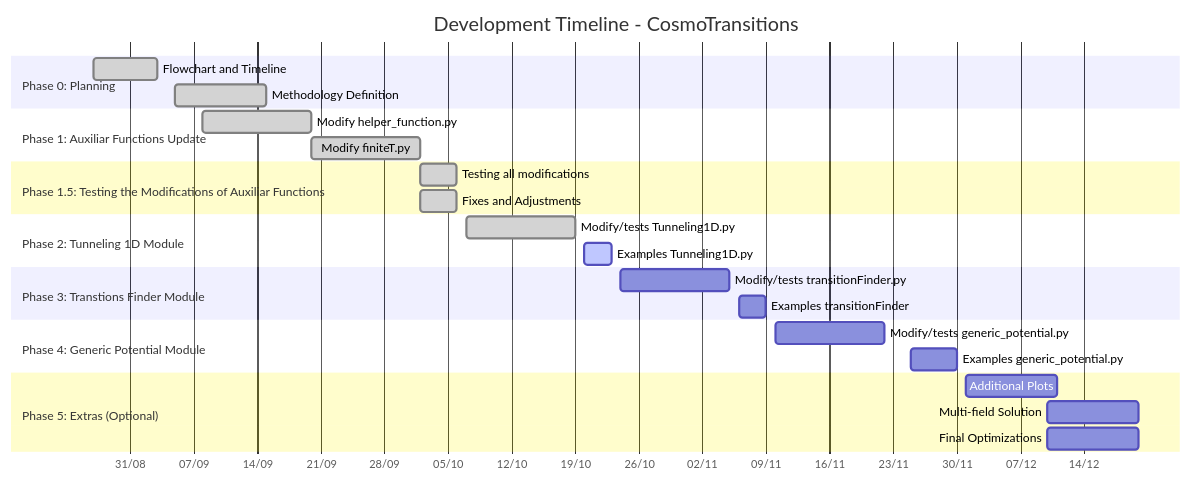
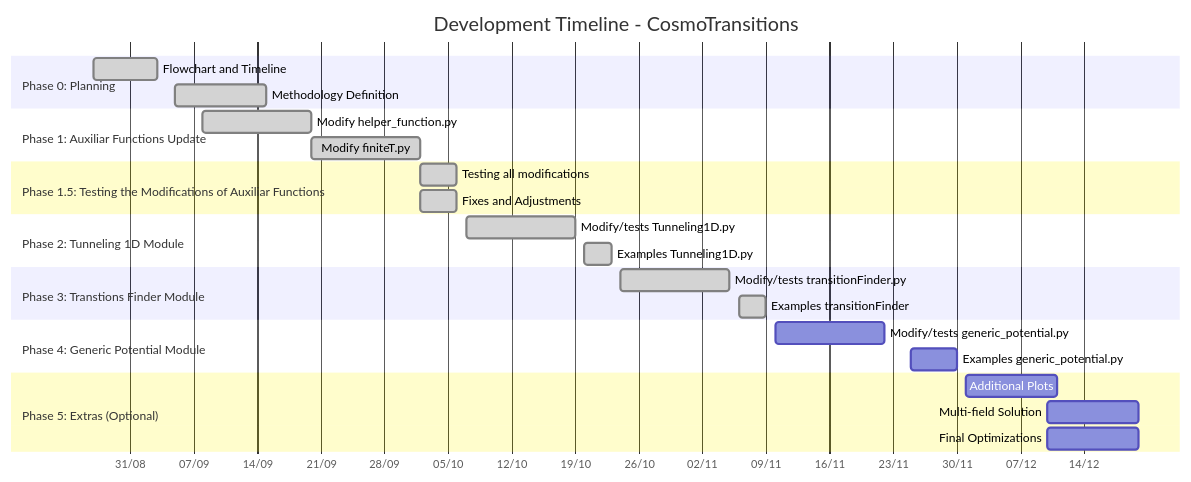
The first of 2 diagrams in docs/roadmap.md (IgorStellet/GW_FOPT_Simulation), drawn with Mermaid before and after one commit. The commit also changed other lines of this file and 3 other files, not shown here.

````diff
--- a/docs/roadmap.md
+++ b/docs/roadmap.md
@@ -26,36 +26,36 @@
 ```mermaid
 gantt
     %%%%%%%%
     title Development Timeline - CosmoTransitions
     dateFormat  YYYY-MM-DD
     axisFormat  %d/%m
     
     section Phase 0: Planning
     Flowchart and Timeline          :done, 2025-08-27, 7d
     Methodology Definition          :done, 2025-09-05, 10d
     
     section Phase 1: Auxiliar Functions Update
     Modify helper_function.py       :done, 2025-09-08, 12d
     Modify finiteT.py               :done, 2025-09-20, 12d
     
     section Phase 1.5: Testing the Modifications of Auxiliar Functions
     Testing all modifications       :done,2025-10-02, 4d
     Fixes and Adjustments           :done,2025-10-02, 4d
     
     section Phase 2: Tunneling 1D Module
     Modify/tests Tunneling1D.py     :done,2025-10-07, 12d
-    Examples Tunneling1D.py         :active,2025-10-20, 3d
+    Examples Tunneling1D.py         :done,2025-10-20, 3d
     
     section Phase 3: Transtions Finder Module
-    Modify/tests transitionFinder.py :2025-10-24, 12d      
-    Examples transitionFinder        :2025-11-06, 3d
+    Modify/tests transitionFinder.py :done,2025-10-24, 12d      
+    Examples transitionFinder        :done,2025-11-06, 3d
     
     section Phase 4: Generic Potential Module
     Modify/tests generic_potential.py  :2025-11-10, 12d
     Examples generic_potential.py      :2025-11-25, 5d
     
     section Phase 5: Extras (Optional)
     Additional Plots                :2025-12-01, 10d
     Multi-field Solution            :2025-12-10, 10d
     Final Optimizations             :2025-12-10, 10d
 ```
````
